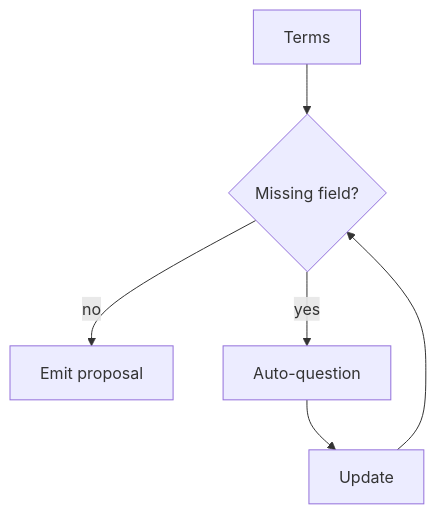
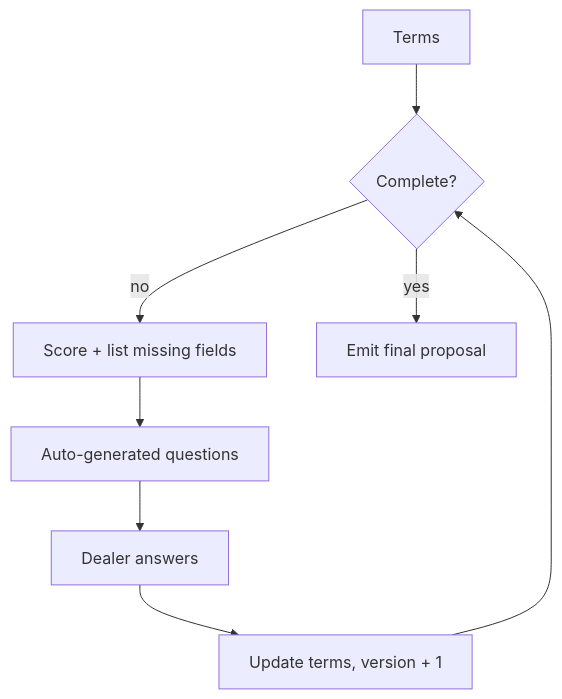
The diagram in docs/architecture/07-missing-information-detection.md (Gags-31/HubSpot-AI-CRM), drawn with Mermaid before and after one commit. The commit also changed other lines of this file and 62 other files, not shown here.

````diff
--- a/docs/architecture/07-missing-information-detection.md
+++ b/docs/architecture/07-missing-information-detection.md
@@ -9,8 +9,10 @@
 ```mermaid
 flowchart TD
-  T[Terms] --> C{Missing field?}
-  C -- no --> OK[Emit proposal]
-  C -- yes --> Q[Auto-question]
-  Q --> U[Update]
+  T[Terms] --> C{Complete?}
+  C -- no --> MISS[Score + list missing fields]
+  MISS --> Q[Auto-generated questions]
+  Q --> A[Dealer answers]
+  A --> U[Update terms, version + 1]
   U --> C
+  C -- yes --> EMIT[Emit final proposal]
 ```
````
